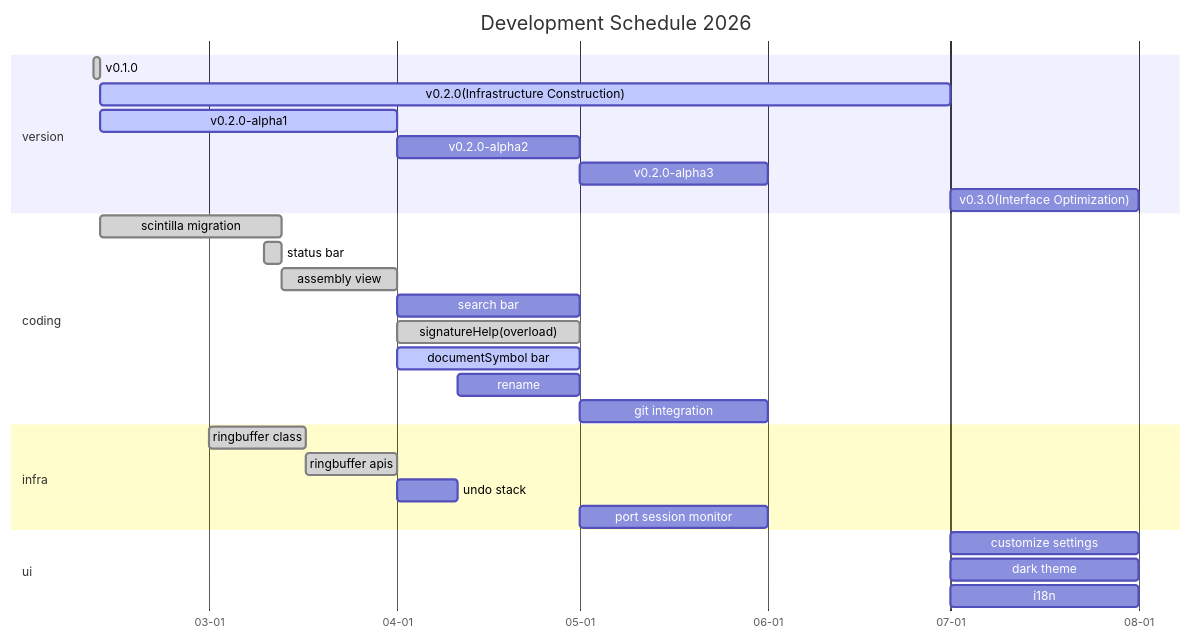
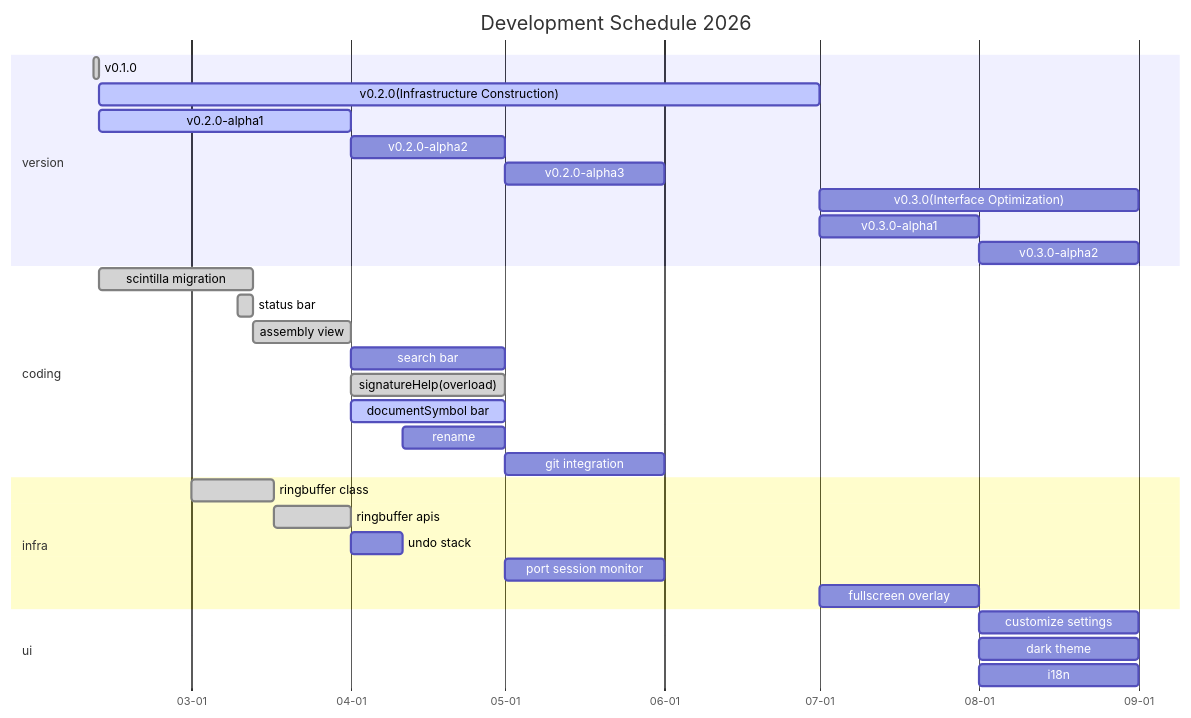
Before and after one commit to zyt20001205/UniComm2: the second of 3 diagrams in readme.md, drawn with Mermaid.

Commit message:
figured out a new way to make gui break mainwindow limit, planned to deploy in 0.3.0-alpha1

````diff
--- a/readme.md
+++ b/readme.md
@@ -79,36 +79,39 @@
 ```mermaid
 gantt
     title Development Schedule 2026
     dateFormat MM-DD
     axisFormat %m-%d
     tickInterval 1month
 
     section version
         v0.1.0: done, 02-10, 1d
         v0.2.0(Infrastructure Construction): active, 02-11, 140d
         v0.2.0-alpha1: active, 02-11, 49d
         v0.2.0-alpha2: 04-01, 30d
         v0.2.0-alpha3: 05-01, 31d
-        v0.3.0(Interface Optimization): 07-01, 31d
+        v0.3.0(Interface Optimization): 07-01, 62d
+        v0.3.0-alpha1: 07-01, 31d
+        v0.3.0-alpha2: 08-01, 31d
 
     section coding
         scintilla migration: done, 02-11, 30d
         status bar: done, 03-10, 3d
         assembly view: done, 03-13, 19d
         search bar: 04-01, 30d
         signatureHelp(overload): done, 04-01, 30d
         documentSymbol bar: active, 04-01, 30d
         rename: 04-11, 20d
         git integration: 05-01, 31d
 
     section infra
         ringbuffer class: done, 03-01, 16d
         ringbuffer apis: done, 03-17, 15d
         undo stack: 04-01, 10d
         port session monitor: 05-01, 31d
+        fullscreen overlay: 07-01, 31d
 
     section ui
-        customize settings: 07-01, 31d
-        dark theme: 07-01, 31d
-        i18n: 07-01, 31d
+        customize settings: 08-01, 31d
+        dark theme: 08-01, 31d
+        i18n: 08-01, 31d
 ```
````
